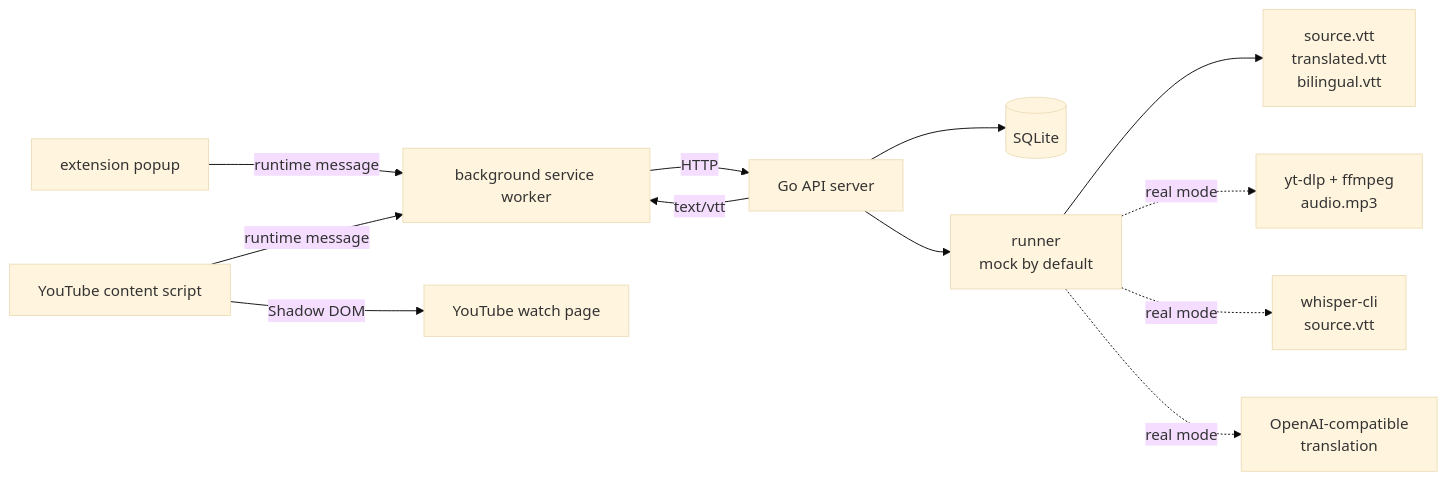
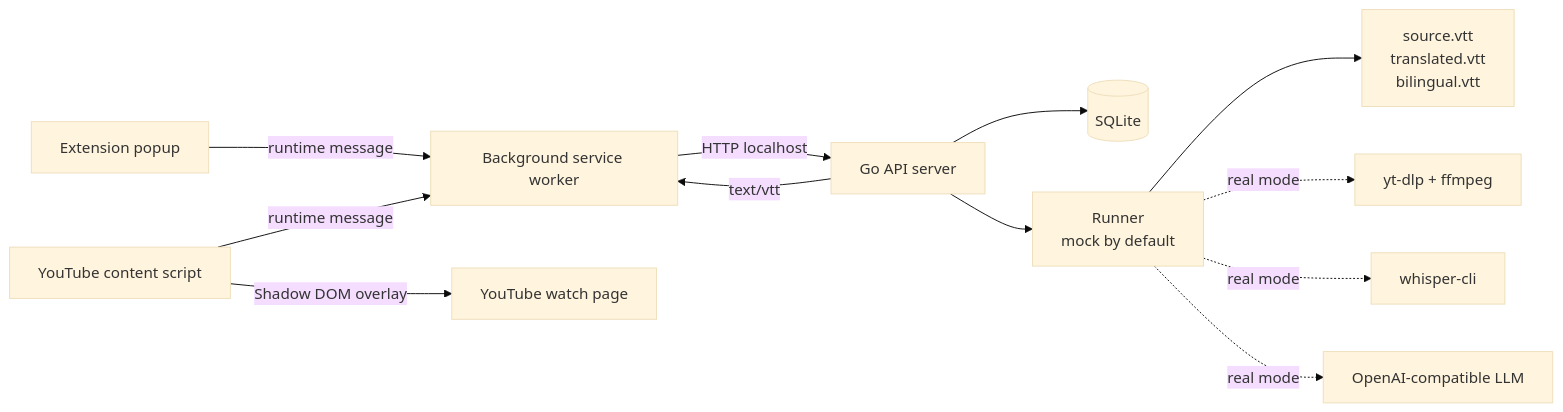
Before and after one commit to Insulinocytus/lets-sub-it: the diagram in README.md, drawn with Mermaid (base theme). The commit also changed other lines of this file and 1 other file, not shown here.

````diff
--- a/README.md
+++ b/README.md
@@ -156,15 +145,15 @@
 ```mermaid
 flowchart LR
-  Popup["extension popup"] -->|"runtime message"| Background["background service worker"]
+  Popup["Extension popup"] -->|"runtime message"| Background["Background service worker"]
   Content["YouTube content script"] -->|"runtime message"| Background
-  Background -->|"HTTP"| API["Go API server"]
+  Background -->|"HTTP localhost"| API["Go API server"]
   API --> Store[("SQLite")]
-  API --> Runner["runner<br/>mock by default"]
+  API --> Runner["Runner<br/>mock by default"]
   Runner --> Files["source.vtt<br/>translated.vtt<br/>bilingual.vtt"]
   API -->|"text/vtt"| Background
-  Content -->|"Shadow DOM"| YouTube["YouTube watch page"]
+  Content -->|"Shadow DOM overlay"| Watch["YouTube watch page"]
 
-  Runner -. "real mode" .-> Ytdlp["yt-dlp + ffmpeg<br/>audio.mp3"]
-  Runner -. "real mode" .-> Whisper["whisper-cli<br/>source.vtt"]
-  Runner -. "real mode" .-> LLM["OpenAI-compatible<br/>translation"]
+  Runner -. "real mode" .-> Download["yt-dlp + ffmpeg"]
+  Runner -. "real mode" .-> Whisper["whisper-cli"]
+  Runner -. "real mode" .-> LLM["OpenAI-compatible LLM"]
 ```
````
